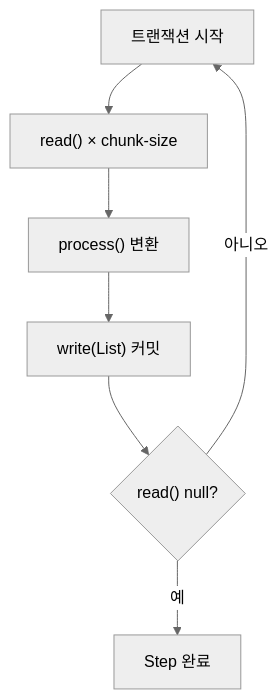
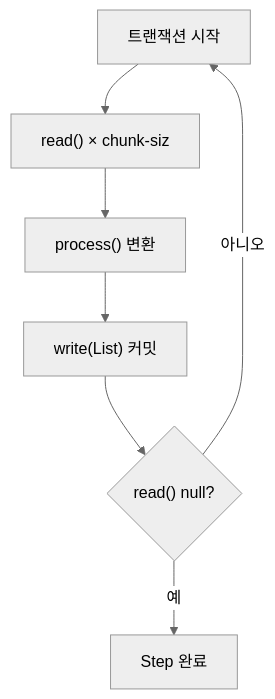
Before and after one commit to yjkim2015/yjkim2015.github.io: the first of 6 diagrams in _posts/batch/2026-05-03-spring-batch-chunk-processing.md, drawn with Mermaid (neutral theme). The commit also changed other lines of this file and 271 other files, not shown here.

First line of the commit message:
Mermaid 라벨 축소: 긴 노드 텍스트 18자 이하로 트림 + \n 제거

````diff
--- a/_posts/batch/2026-05-03-spring-batch-chunk-processing.md
+++ b/_posts/batch/2026-05-03-spring-batch-chunk-processing.md
@@ -32,9 +32,9 @@
 ```mermaid
 flowchart TD
-    B["트랜잭션 시작"] --> C["read() × chunk-size"]
+    B["트랜잭션 시작"] --> C["read() × chunk-siz"]
     C --> E["process() 변환"]
     E --> F["write(List) 커밋"]
     F --> H{"read() null?"}
     H -->|"아니오"| B
     H -->|"예"| I["Step 완료"]
 ```
````
